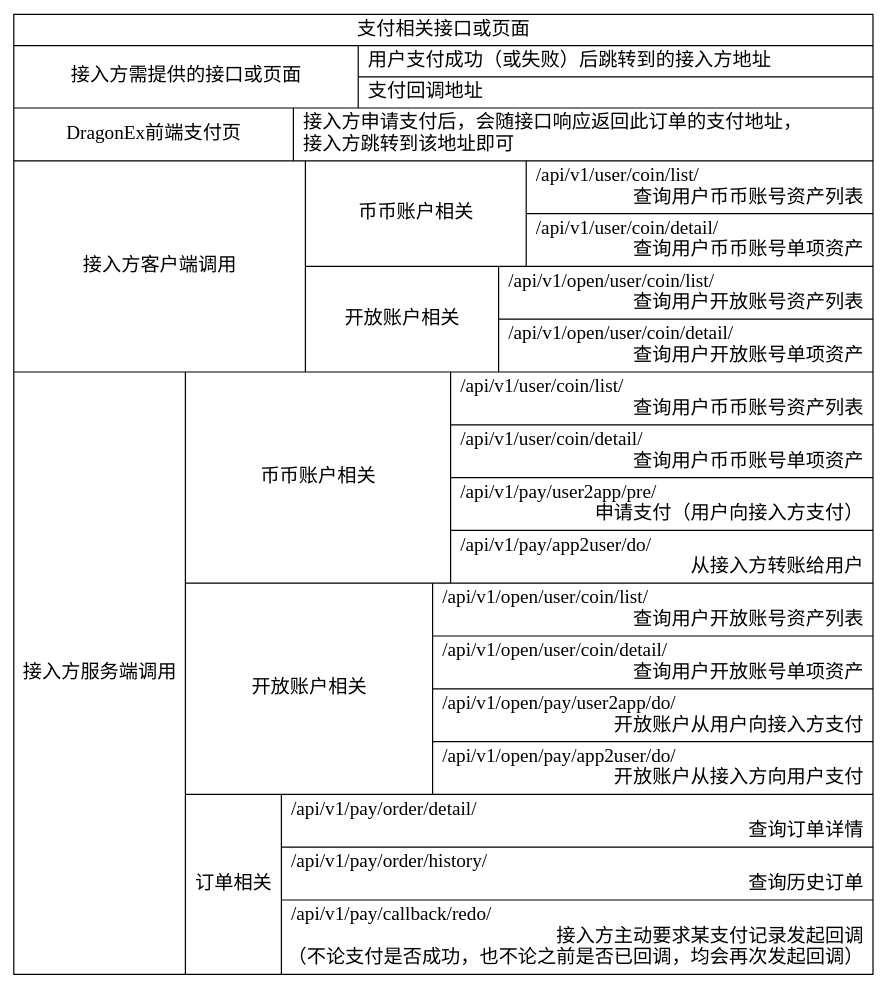
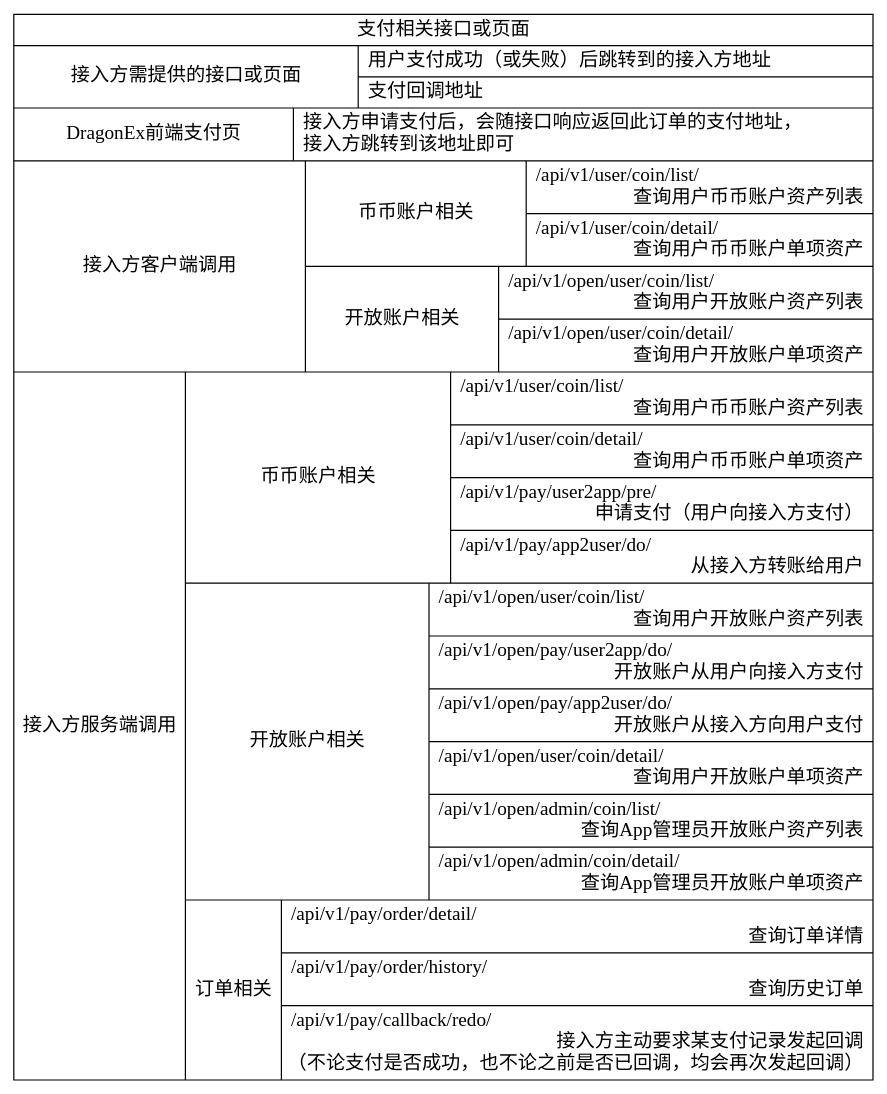
The diagram in docs/cn/images/payment_apis.dot (Dragonexio/OAuth), drawn with Graphviz before and after one commit. The commit also changed 2 other files, not shown here.

```diff
--- a/docs/cn/images/payment_apis.dot
+++ b/docs/cn/images/payment_apis.dot
@@ -1,80 +1,82 @@
 digraph g {
 graph [
     rankdir = "LR"
 ];
 
 node [
     fontsize = "16"
     shape=record
 ];
 
-LoginApis [
+PaymentApis [
     label = "支付相关接口或页面
     |
     {
         接入方需提供的接口或页面 |
         {
             用户支付成功（或失败）后跳转到的接入方地址 \l
             | 支付回调地址 \l
         }
     }
     | 
     {
         DragonEx前端支付页 |
         {
             接入方申请支付后，会随接口响应返回此订单的支付地址，\l接入方跳转到该地址即可 \l
         }
     }
     | 
     {
         接入方客户端调用 | 
         {
             { 币币账户相关 |
                 {
-                  /api/v1/user/coin/list/ \l 查询用户币币账号资产列表 \r
-                  | /api/v1/user/coin/detail/ \l 查询用户币币账号单项资产 \r
+                  /api/v1/user/coin/list/ \l 查询用户币币账户资产列表 \r
+                  | /api/v1/user/coin/detail/ \l 查询用户币币账户单项资产 \r
                 }
             }
             |
             { 开放账户相关 |
                 {
-                  /api/v1/open/user/coin/list/ \l 查询用户开放账号资产列表 \r
-                  | /api/v1/open/user/coin/detail/ \l 查询用户开放账号单项资产 \r
+                  /api/v1/open/user/coin/list/ \l 查询用户开放账户资产列表 \r
+                  | /api/v1/open/user/coin/detail/ \l 查询用户开放账户单项资产 \r
                 }
             }
         }            
     }
     | 
     {
         接入方服务端调用 | 
         {
             { 币币账户相关 |
                 {
-                  /api/v1/user/coin/list/ \l 查询用户币币账号资产列表 \r
-                  | /api/v1/user/coin/detail/ \l 查询用户币币账号单项资产 \r
+                  /api/v1/user/coin/list/ \l 查询用户币币账户资产列表 \r
+                  | /api/v1/user/coin/detail/ \l 查询用户币币账户单项资产 \r
                   | /api/v1/pay/user2app/pre/ \l 申请支付（用户向接入方支付）\r
                   | /api/v1/pay/app2user/do/ \l 从接入方转账给用户\r
                 }
             }
             |
             { 开放账户相关 |
                 {
-                  /api/v1/open/user/coin/list/ \l 查询用户开放账号资产列表 \r
-                  | /api/v1/open/user/coin/detail/ \l 查询用户开放账号单项资产 \r
+                  /api/v1/open/user/coin/list/ \l 查询用户开放账户资产列表 \r
                   | /api/v1/open/pay/user2app/do/ \l 开放账户从用户向接入方支付 \r
                   | /api/v1/open/pay/app2user/do/ \l 开放账户从接入方向用户支付 \r
+                  | /api/v1/open/user/coin/detail/ \l 查询用户开放账户单项资产 \r
+                  | /api/v1/open/admin/coin/list/ \l 查询App管理员开放账户资产列表 \r
+                  | /api/v1/open/admin/coin/detail/ \l 查询App管理员开放账户单项资产 \r
                 }
             }
             |
             { 订单相关 |
                 {
                     /api/v1/pay/order/detail/ \l 查询订单详情 \r
                     | /api/v1/pay/order/history/ \l 查询历史订单 \r
                     | /api/v1/pay/callback/redo/ \l 接入方主动要求某支付记录发起回调\r（不论支付是否成功，也不论之前是否已回调，均会再次发起回调） \r
                 }
             }   
         }
     }
     "
 ]
 }
```
